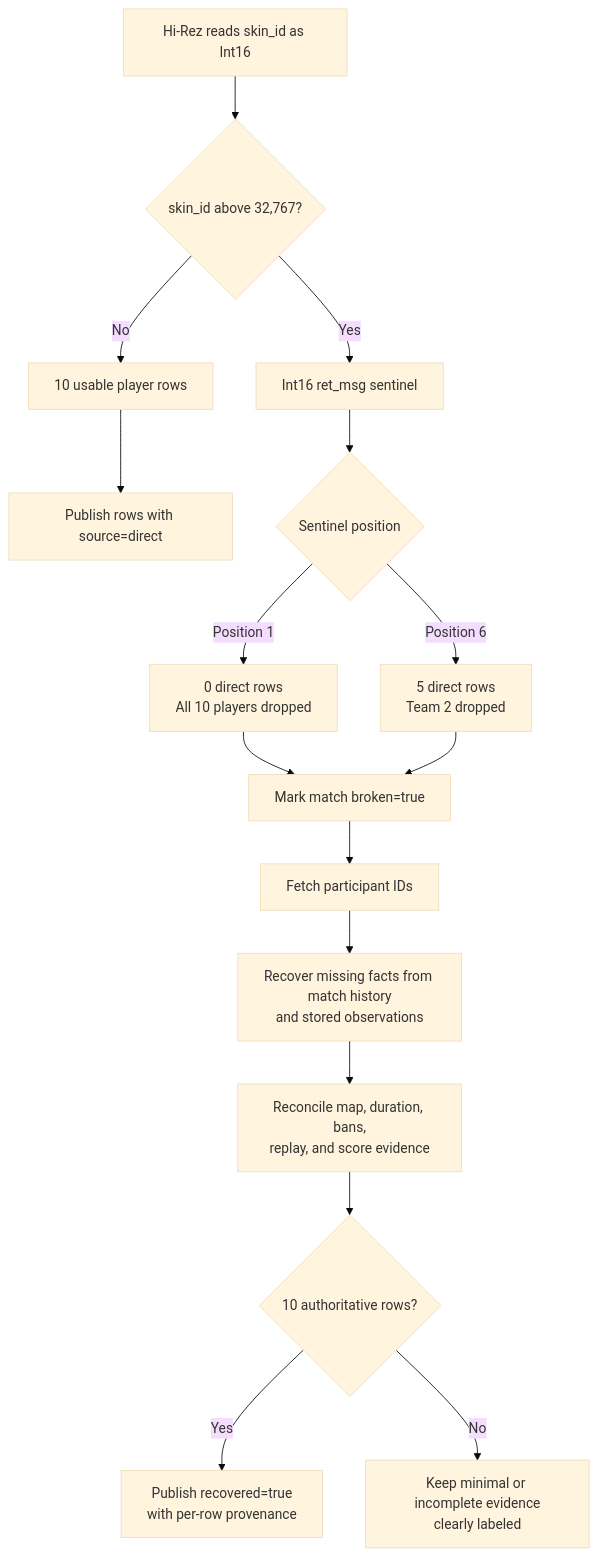
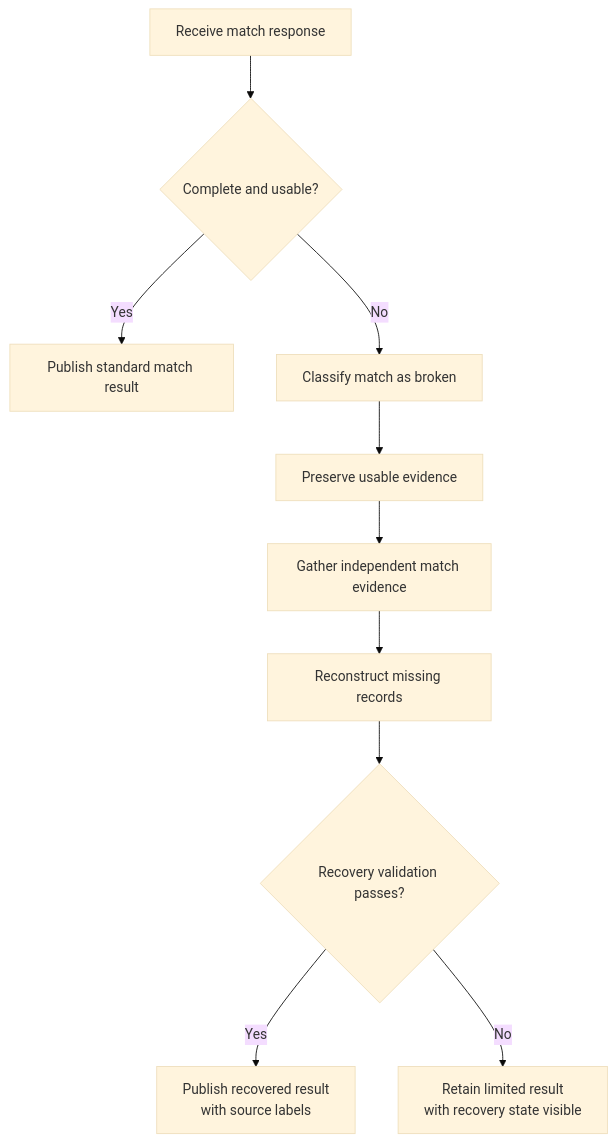
One commit to NabiCook/PaladinsCat changed the diagram in docs/blog/beyond-int16-match-recovery.md. Above: the diagram before and after it, drawn with Mermaid (base theme). The commit also changed other lines of this file and 2 other files, not shown here.

````diff
--- a/docs/blog/beyond-int16-match-recovery.md
+++ b/docs/blog/beyond-int16-match-recovery.md
@@ -117,18 +119,12 @@
 ```mermaid
 flowchart TD
-    A["Hi-Rez reads skin_id as Int16"] --> B{"skin_id above 32,767?"}
-    B -->|No| C["10 usable player rows"]
-    C --> D["Publish rows with source=direct"]
-    B -->|Yes| E["Int16 ret_msg sentinel"]
-    E --> F{"Sentinel position"}
-    F -->|Position 1| G["0 direct rows<br/>All 10 players dropped"]
-    F -->|Position 6| H["5 direct rows<br/>Team 2 dropped"]
-    G --> I["Mark match broken=true"]
-    H --> I
-    I --> J["Fetch participant IDs"]
-    J --> K["Recover missing facts from match history<br/>and stored observations"]
-    K --> L["Reconcile map, duration, bans,<br/>replay, and score evidence"]
-    L --> M{"10 authoritative rows?"}
-    M -->|Yes| N["Publish recovered=true<br/>with per-row provenance"]
-    M -->|No| O["Keep minimal or incomplete evidence<br/>clearly labeled"]
+    A["Receive match response"] --> B{"Complete and usable?"}
+    B -->|Yes| C["Publish standard match result"]
+    B -->|No| D["Classify match as broken"]
+    D --> E["Preserve usable evidence"]
+    E --> F["Gather independent match evidence"]
+    F --> G["Reconstruct missing records"]
+    G --> H{"Recovery validation passes?"}
+    H -->|Yes| I["Publish recovered result<br/>with source labels"]
+    H -->|No| J["Retain limited result<br/>with recovery state visible"]
 ```
````
